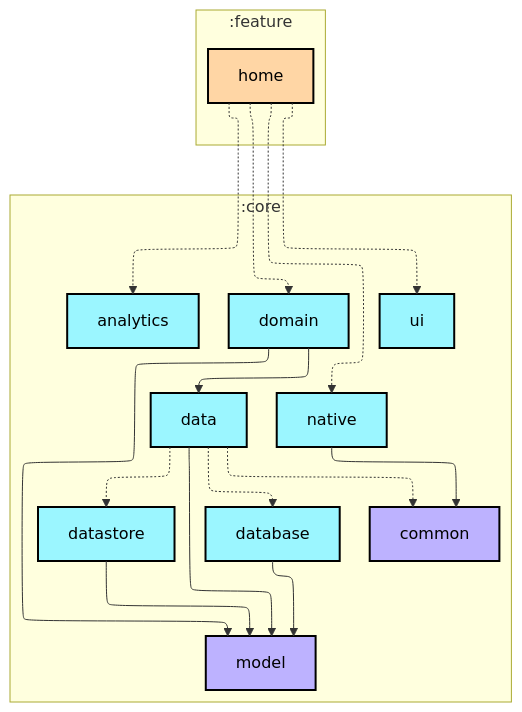
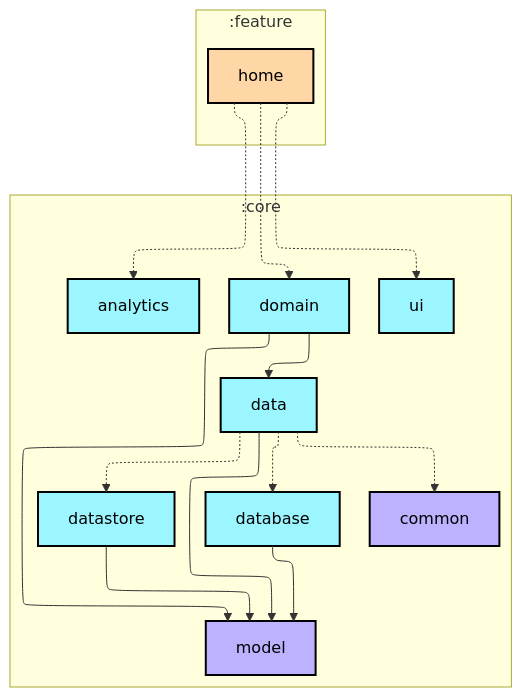
The first of 2 diagrams in feature/home/README.md (Sunior-k/walklog), drawn with Mermaid before and after one commit. The commit also changed 75 other files, not shown here.

````diff
--- a/feature/home/README.md
+++ b/feature/home/README.md
@@ -17,46 +17,43 @@
 ```mermaid
 ---
 config:
   layout: elk
   elk:
     nodePlacementStrategy: SIMPLE
 ---
 graph TB
   subgraph :feature
     direction TB
     :feature:home[home]:::android-feature
   end
 
   subgraph :core
     direction TB
     :core:domain[domain]:::android-library
     :core:data[data]:::android-library
     :core:database[database]:::android-library
     :core:datastore[datastore]:::android-library
-    :core:native[native]:::android-library
     :core:common[common]:::jvm-library
     :core:model[model]:::jvm-library
     :core:analytics[analytics]:::android-library
     :core:ui[ui]:::android-library
   end
 
   :feature:home -.-> :core:domain
   :feature:home -.-> :core:analytics
-  :feature:home -.-> :core:native
   :feature:home -.-> :core:ui
   :core:domain --> :core:data
   :core:domain --> :core:model
-  :core:native --> :core:common
   :core:data --> :core:model
   :core:data -.-> :core:database
   :core:data -.-> :core:datastore
   :core:data -.-> :core:common
   :core:database --> :core:model
   :core:datastore --> :core:model
 
 classDef android-application fill:#CAFFBF,stroke:#000,stroke-width:2px,color:#000;
 classDef android-feature fill:#FFD6A5,stroke:#000,stroke-width:2px,color:#000;
 classDef android-library fill:#9BF6FF,stroke:#000,stroke-width:2px,color:#000;
 classDef android-test fill:#A0C4FF,stroke:#000,stroke-width:2px,color:#000;
 classDef jvm-library fill:#BDB2FF,stroke:#000,stroke-width:2px,color:#000;
 ```
````
